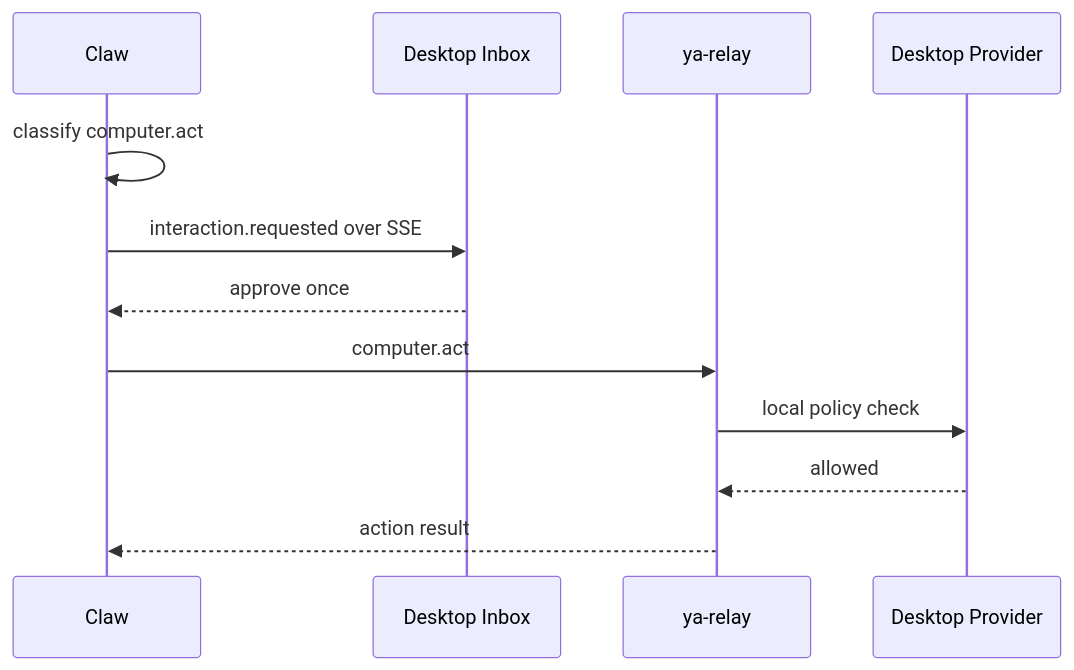
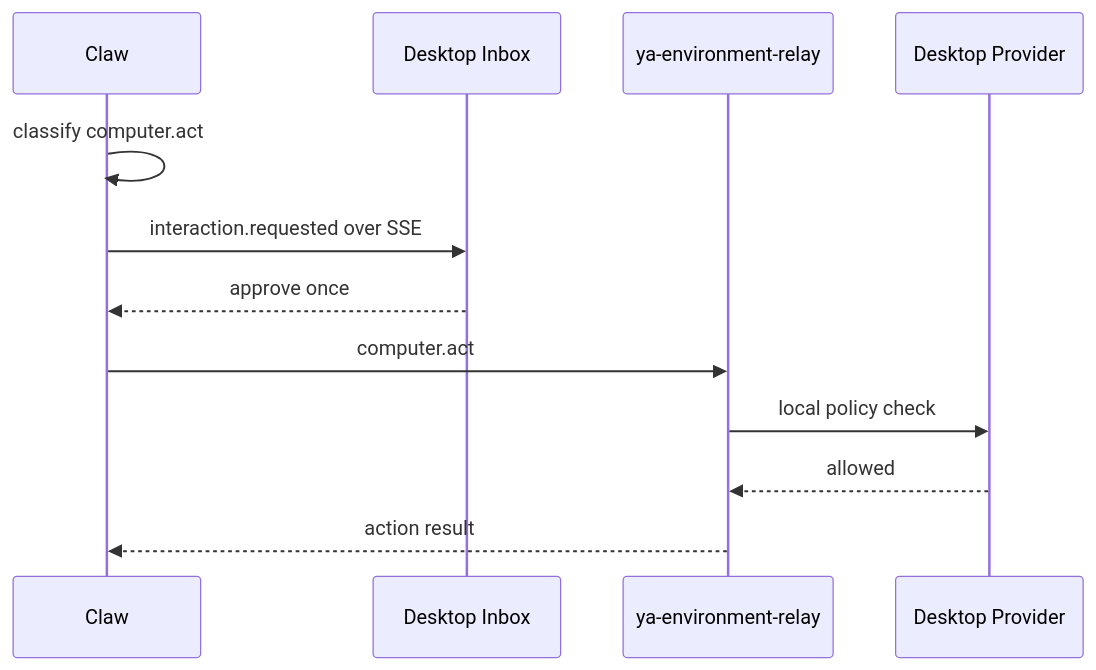
One commit to Alexsu26/ya-mono changed the third of 3 diagrams in apps/ya-desktop/spec/computer-use/08-relay-based-computer-use.md. Above: the diagram before and after it, drawn with Mermaid. The commit also changed other lines of this file and 96 other files, not shown here.

````diff
--- a/apps/ya-desktop/spec/computer-use/08-relay-based-computer-use.md
+++ b/apps/ya-desktop/spec/computer-use/08-relay-based-computer-use.md
@@ -286,15 +286,15 @@
 ```mermaid
 sequenceDiagram
     participant Claw as Claw
     participant Inbox as Desktop Inbox
-    participant Relay as ya-relay
+    participant Relay as ya-environment-relay
     participant Provider as Desktop Provider
 
     Claw->>Claw: classify computer.act
     Claw->>Inbox: interaction.requested over SSE
     Inbox-->>Claw: approve once
     Claw->>Relay: computer.act
     Relay->>Provider: local policy check
     Provider-->>Relay: allowed
     Relay-->>Claw: action result
 ```
````
